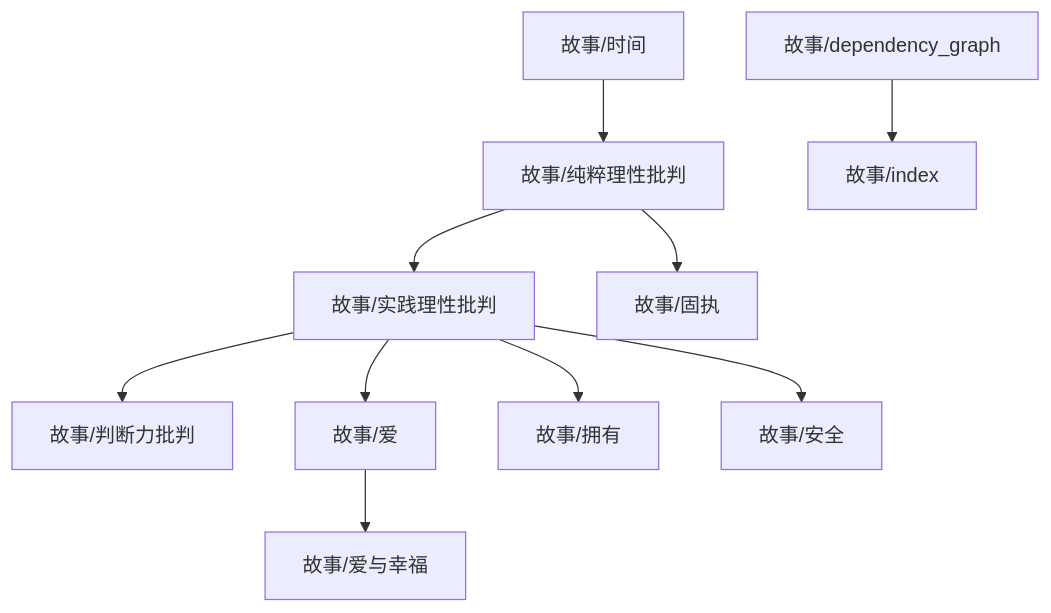
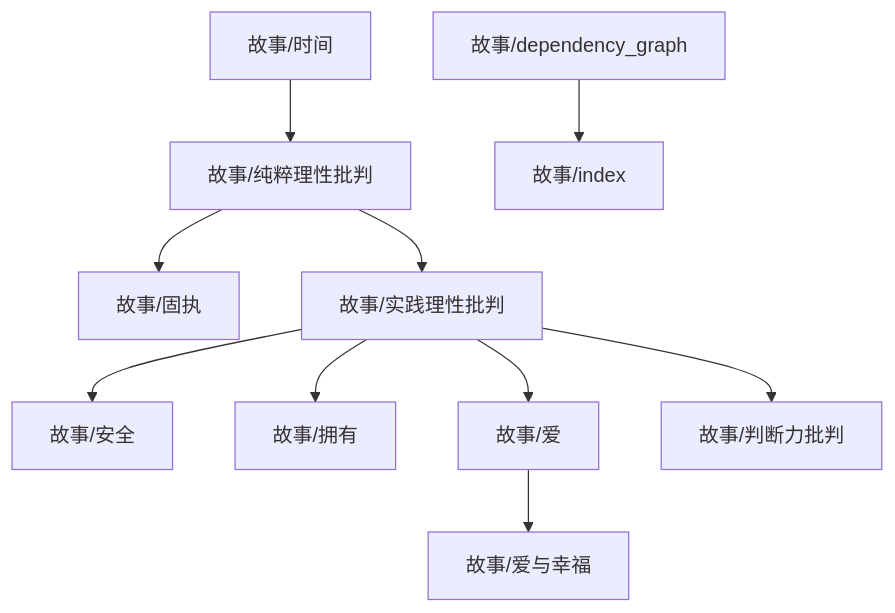
One commit to zeroDtree/zeroDtree.github.io changed the diagram in content/故事/dependency_graph.md. Above: the diagram before and after it, drawn with Mermaid. The commit also changed 11 other files, not shown here.

````diff
--- a/content/故事/dependency_graph.md
+++ b/content/故事/dependency_graph.md
@@ -1,12 +1,12 @@
 ```mermaid
 graph TD
-1["故事/纯粹理性批判"] --> 0["故事/实践理性批判"]
-0["故事/实践理性批判"] --> 2["故事/判断力批判"]
-4["故事/爱"] --> 3["故事/爱与幸福"]
-0["故事/实践理性批判"] --> 5["故事/拥有"]
-6["故事/时间"] --> 1["故事/纯粹理性批判"]
-0["故事/实践理性批判"] --> 7["故事/安全"]
-9["故事/dependency_graph"] --> 8["故事/index"]
-1["故事/纯粹理性批判"] --> 10["故事/固执"]
-0["故事/实践理性批判"] --> 4["故事/爱"]
+1["故事/纯粹理性批判"] --> 0["故事/固执"]
+1["故事/纯粹理性批判"] --> 2["故事/实践理性批判"]
+3["故事/时间"] --> 1["故事/纯粹理性批判"]
+2["故事/实践理性批判"] --> 4["故事/安全"]
+2["故事/实践理性批判"] --> 5["故事/拥有"]
+2["故事/实践理性批判"] --> 6["故事/爱"]
+8["故事/dependency_graph"] --> 7["故事/index"]
+6["故事/爱"] --> 9["故事/爱与幸福"]
+2["故事/实践理性批判"] --> 10["故事/判断力批判"]
 ```
````
